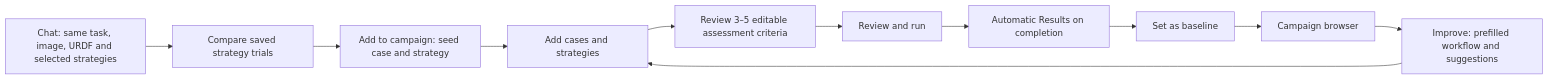
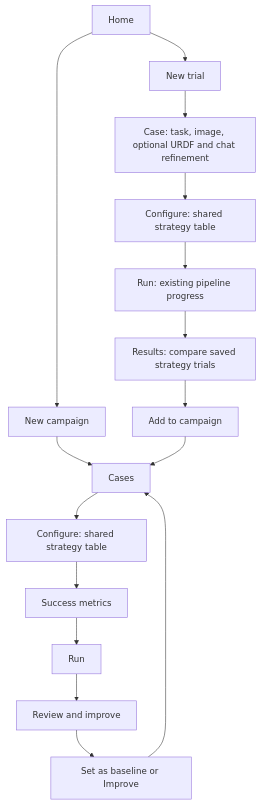
One commit to niksacdev/rove changed the first of 2 diagrams in docs/product/user-journey.md. Above: the diagram before and after it, drawn with Mermaid. The commit also changed other lines of this file and 30 other files, not shown here.

First line of the commit message:
Unify trial and campaign workspaces and navigation (#28)

````diff
--- a/docs/product/user-journey.md
+++ b/docs/product/user-journey.md
@@ -24,13 +48,18 @@
 ```mermaid
-flowchart LR
-    Q[Chat: same task, image, URDF and selected strategies] --> T[Compare saved strategy trials]
-    T --> P[Add to campaign: seed case and strategy]
-    P --> C[Add cases and strategies]
-    C --> M[Review 3–5 editable assessment criteria]
-    M --> R[Review and run]
-    R --> O[Automatic Results on completion]
-    O --> B[Set as baseline]
-    B --> L[Campaign browser]
-    L --> I[Improve: prefilled workflow and suggestions]
-    I --> C
+flowchart TD
+    H[Home] --> NT[New trial]
+    H --> NC[New campaign]
+    NT --> TC[Case: task, image, optional URDF and chat refinement]
+    TC --> TF[Configure: shared strategy table]
+    TF --> TR[Run: existing pipeline progress]
+    TR --> TO[Results: compare saved strategy trials]
+    TO --> ADD[Add to campaign]
+    NC --> CC[Cases]
+    ADD --> CC
+    CC --> CF[Configure: shared strategy table]
+    CF --> CM[Success metrics]
+    CM --> CR[Run]
+    CR --> CO[Review and improve]
+    CO --> B[Set as baseline or Improve]
+    B --> CC
 ```
````
